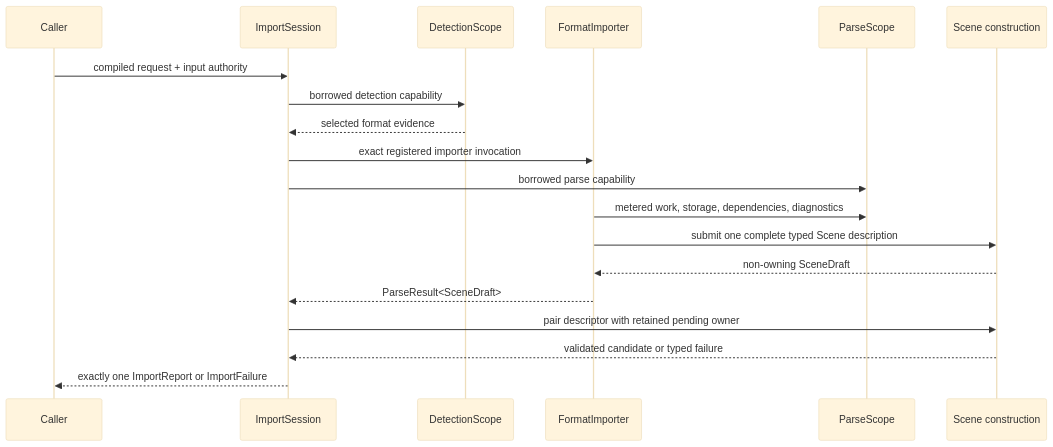
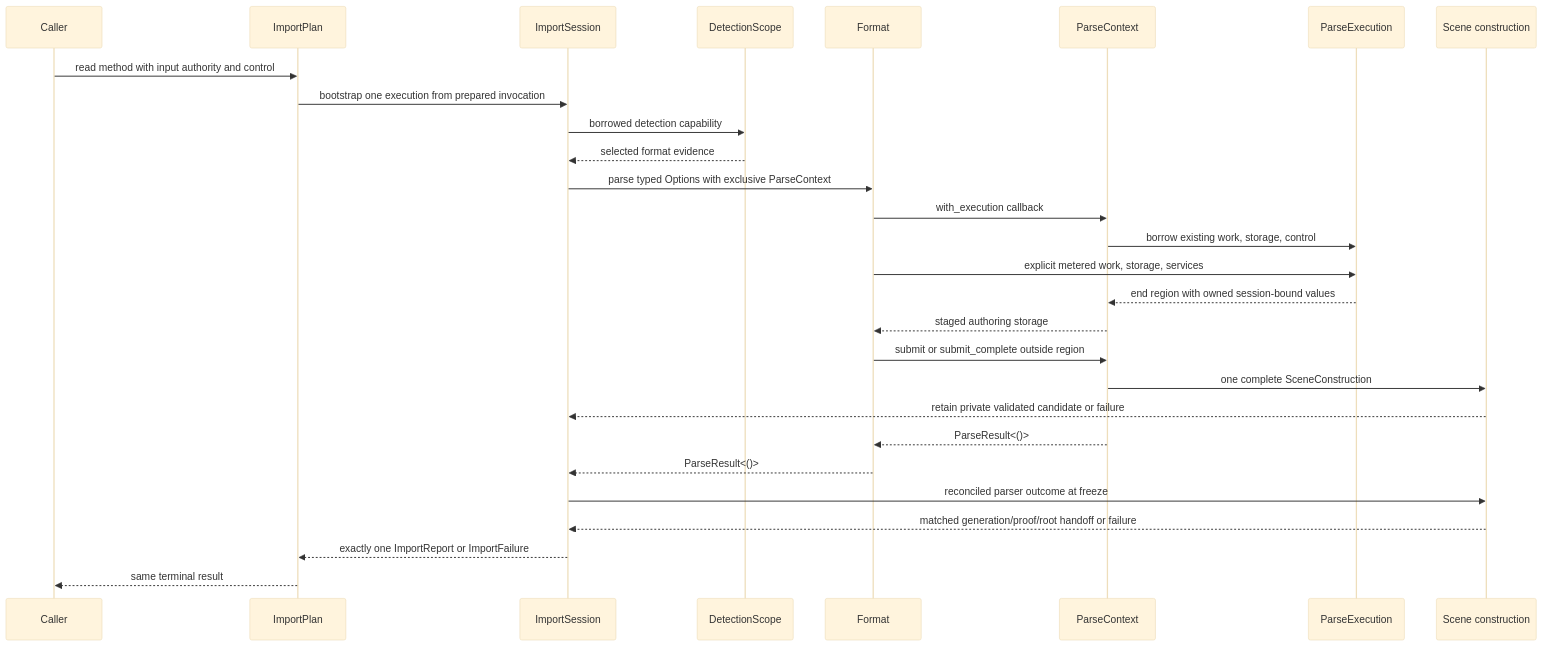
Before and after one commit to Latias94/baozi: the diagram in docs/adr/0046-import-session-lifecycle-and-outcome-ownership.md, drawn with Mermaid (base theme). The commit also changed other lines of this file and 202 other files, not shown here.

First line of the commit message:
refactor(import)!: execute typed formats through borrowed contexts

````diff
--- a/docs/adr/0046-import-session-lifecycle-and-outcome-ownership.md
+++ b/docs/adr/0046-import-session-lifecycle-and-outcome-ownership.md
@@ -92,22 +137,31 @@
 ```mermaid
 sequenceDiagram
     participant Caller
+    participant Plan as ImportPlan
     participant Session as ImportSession
     participant Detect as DetectionScope
-    participant Parser as FormatImporter
-    participant Parse as ParseScope
+    participant Parser as Format
+    participant Parse as ParseContext
+    participant Exec as ParseExecution
     participant Core as Scene construction
 
-    Caller->>Session: compiled request + input authority
+    Caller->>Plan: read method with input authority and control
+    Plan->>Session: bootstrap one execution from prepared invocation
     Session->>Detect: borrowed detection capability
     Detect-->>Session: selected format evidence
-    Session->>Parser: exact registered importer invocation
-    Session->>Parse: borrowed parse capability
-    Parser->>Parse: metered work, storage, dependencies, diagnostics
-    Parser->>Core: submit one complete typed Scene description
-    Core-->>Parser: non-owning SceneDraft
-    Parser-->>Session: ParseResult<SceneDraft>
-    Session->>Core: pair descriptor with retained pending owner
-    Core-->>Session: validated candidate or typed failure
-    Session-->>Caller: exactly one ImportReport or ImportFailure
+    Session->>Parser: parse typed Options with exclusive ParseContext
+    Parser->>Parse: with_execution callback
+    Parse->>Exec: borrow existing work, storage, control
+    Parser->>Exec: explicit metered work, storage, services
+    Exec-->>Parse: end region with owned session-bound values
+    Parse-->>Parser: staged authoring storage
+    Parser->>Parse: submit or submit_complete outside region
+    Parse->>Core: one complete SceneConstruction
+    Core-->>Session: retain private validated candidate or failure
+    Parse-->>Parser: ParseResult<()>
+    Parser-->>Session: ParseResult<()>
+    Session->>Core: reconciled parser outcome at freeze
+    Core-->>Session: matched generation/proof/root handoff or failure
+    Session-->>Plan: exactly one ImportReport or ImportFailure
+    Plan-->>Caller: same terminal result
 ```
````
